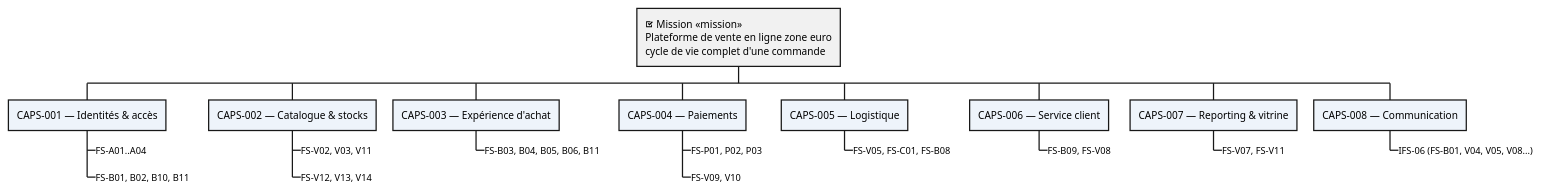
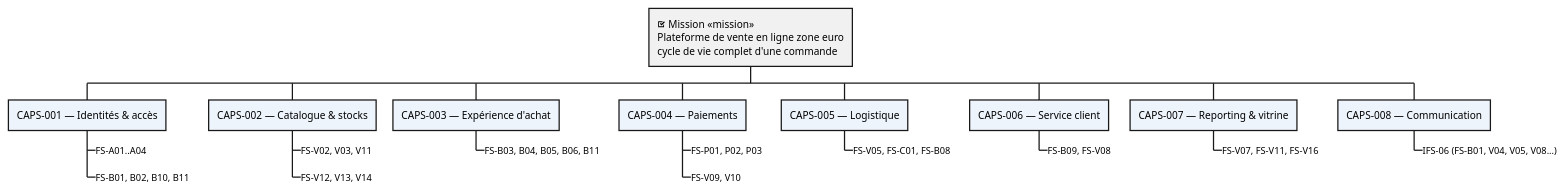
One commit to louistalvande/online_shop changed the first of 6 diagrams in architecture/02-system-analysis/sa.adoc. Above: the diagram before and after it, drawn with PlantUML. The commit also changed other lines of this file and 45 other files, not shown here.

```diff
--- a/architecture/02-system-analysis/sa.adoc
+++ b/architecture/02-system-analysis/sa.adoc
@@ -214,49 +214,49 @@
 [plantuml, sa-mission-caps-functions, svg]
 ----
 @startwbs
 <style>
 wbsDiagram {
   .mission {
     BackgroundColor #E8F4FD
     FontStyle bold
   }
   .caps {
     BackgroundColor #EEF4FB
   }
   .funcs {
     BackgroundColor #FAFAFA
     FontSize 11
   }
 }
 </style>
 
 * <&task> Mission <<mission>>\nPlateforme de vente en ligne zone euro\ncycle de vie complet d'une commande
 
 ** CAPS-001 — Identités & accès <<caps>>
 ***_ FS-A01..A04 <<funcs>>
 ***_ FS-B01, B02, B10, B11 <<funcs>>
 
 ** CAPS-002 — Catalogue & stocks <<caps>>
 ***_ FS-V02, V03, V11 <<funcs>>
 ***_ FS-V12, V13, V14 <<funcs>>
 
 ** CAPS-003 — Expérience d'achat <<caps>>
 ***_ FS-B03, B04, B05, B06, B11 <<funcs>>
 
 ** CAPS-004 — Paiements <<caps>>
 ***_ FS-P01, P02, P03 <<funcs>>
 ***_ FS-V09, V10 <<funcs>>
 
 ** CAPS-005 — Logistique <<caps>>
 ***_ FS-V05, FS-C01, FS-B08 <<funcs>>
 
 ** CAPS-006 — Service client <<caps>>
 ***_ FS-B09, FS-V08 <<funcs>>
 
 ** CAPS-007 — Reporting & vitrine <<caps>>
-***_ FS-V07, FS-V11 <<funcs>>
+***_ FS-V07, FS-V11, FS-V16 <<funcs>>
 
 ** CAPS-008 — Communication <<caps>>
 ***_ IFS-06 (FS-B01, V04, V05, V08...) <<funcs>>
 @endwbs
 ----
```
